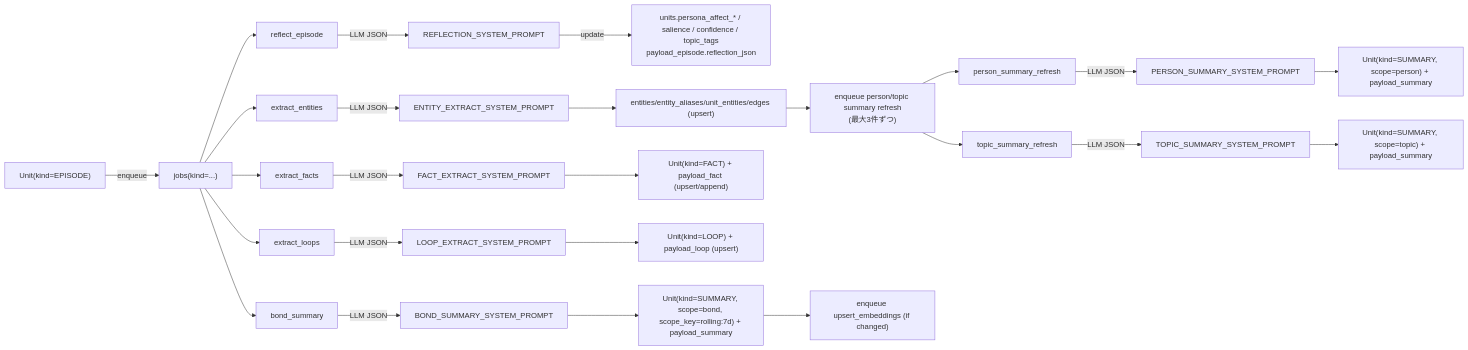
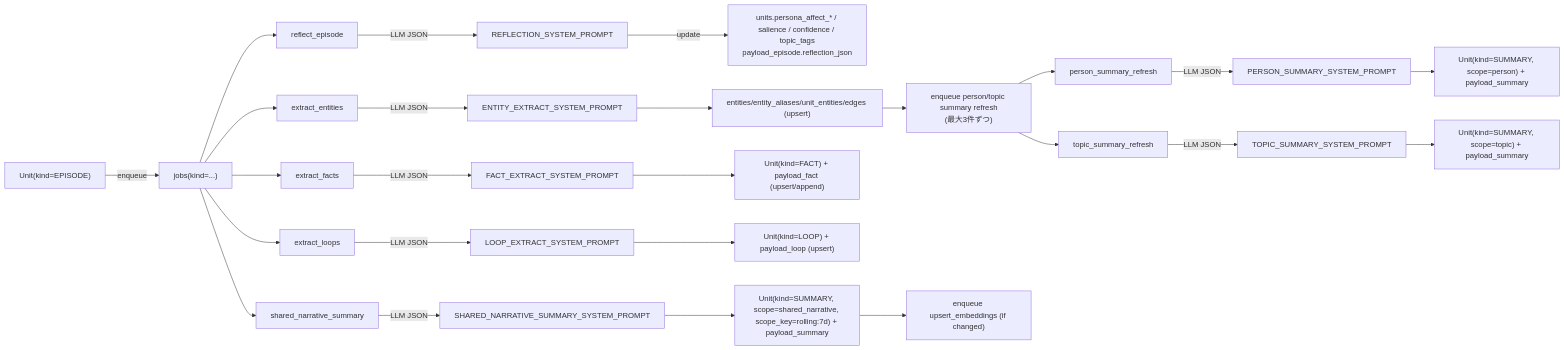
The fourth of 4 diagrams in docs/prompt_usage_map.md (hirona98/cocoro_ghost), drawn with Mermaid before and after one commit. The commit also changed other lines of this file and 10 other files, not shown here.

````diff
--- a/docs/prompt_usage_map.md
+++ b/docs/prompt_usage_map.md
@@ -233,34 +233,34 @@
 ```mermaid
 flowchart LR
   EP["Unit(kind=EPISODE)"] -->|enqueue| J["jobs(kind=...)"]
 
   J --> REFL["reflect_episode"]
   REFL -->|LLM JSON| P1["REFLECTION_SYSTEM_PROMPT"]
   P1 -->|update| U1["units.persona_affect_* / salience / confidence / topic_tags\npayload_episode.reflection_json"]
 
   J --> ENT["extract_entities"]
   ENT -->|LLM JSON| P3["ENTITY_EXTRACT_SYSTEM_PROMPT"]
   P3 --> EDB["entities/entity_aliases/unit_entities/edges (upsert)"]
   EDB --> ENQSUM["enqueue person/topic summary refresh\n(最大3件ずつ)"]
 
   J --> FACT["extract_facts"]
   FACT -->|LLM JSON| P4["FACT_EXTRACT_SYSTEM_PROMPT"]
   P4 --> FDB["Unit(kind=FACT) + payload_fact (upsert/append)"]
 
   J --> LOOP["extract_loops"]
   LOOP -->|LLM JSON| P5["LOOP_EXTRACT_SYSTEM_PROMPT"]
   P5 --> LDB["Unit(kind=LOOP) + payload_loop (upsert)"]
 
   ENQSUM --> PERS["person_summary_refresh"]
   PERS -->|LLM JSON| P6["PERSON_SUMMARY_SYSTEM_PROMPT"]
   P6 --> S1["Unit(kind=SUMMARY, scope=person) + payload_summary"]
 
   ENQSUM --> TOP["topic_summary_refresh"]
   TOP -->|LLM JSON| P7["TOPIC_SUMMARY_SYSTEM_PROMPT"]
   P7 --> S2["Unit(kind=SUMMARY, scope=topic) + payload_summary"]
 
-  J --> WS["bond_summary"]
-  WS -->|LLM JSON| P8["BOND_SUMMARY_SYSTEM_PROMPT"]
-  P8 --> S3["Unit(kind=SUMMARY, scope=bond, scope_key=rolling:7d) + payload_summary"]
+  J --> WS["shared_narrative_summary"]
+  WS -->|LLM JSON| P8["SHARED_NARRATIVE_SUMMARY_SYSTEM_PROMPT"]
+  P8 --> S3["Unit(kind=SUMMARY, scope=shared_narrative, scope_key=rolling:7d) + payload_summary"]
   S3 --> EMB2["enqueue upsert_embeddings (if changed)"]
 ```
````
